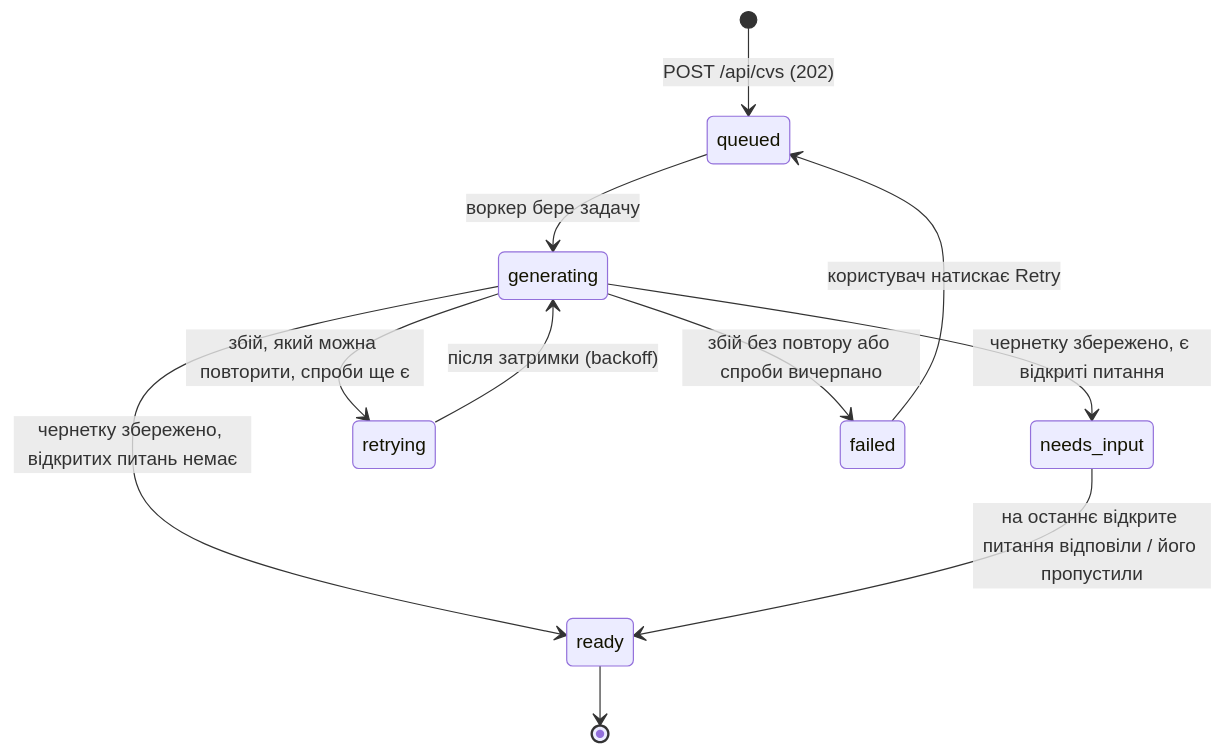
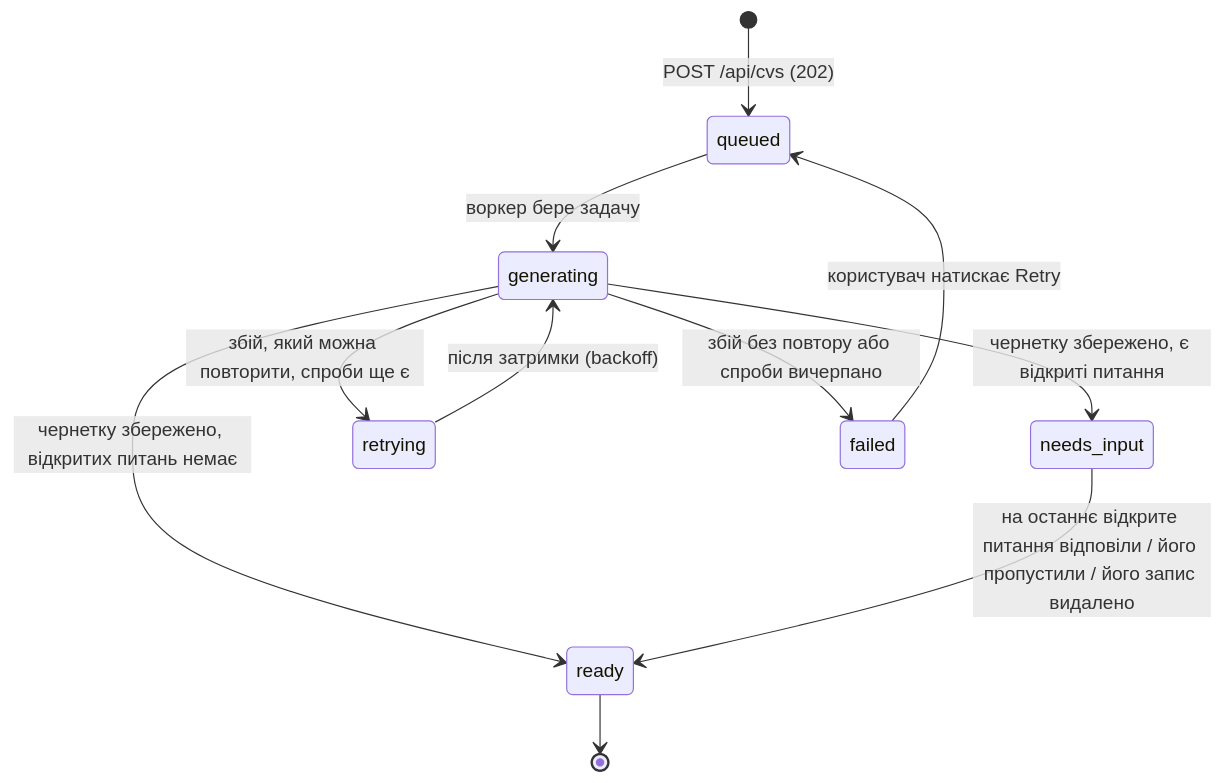
Before and after one commit to macrocephalus/resume_builder: the diagram in docs/uk/cv-statuses.md, drawn with Mermaid. The commit also changed other lines of this file and 5 other files, not shown here.

````diff
--- a/docs/uk/cv-statuses.md
+++ b/docs/uk/cv-statuses.md
@@ -14,13 +14,13 @@
 ```mermaid
 stateDiagram-v2
     [*] --> queued: POST /api/cvs (202)
     queued --> generating: воркер бере задачу
     generating --> ready: чернетку збережено, відкритих питань немає
     generating --> needs_input: чернетку збережено, є відкриті питання
     generating --> retrying: збій, який можна повторити, спроби ще є
     retrying --> generating: після затримки (backoff)
     generating --> failed: збій без повтору або спроби вичерпано
     failed --> queued: користувач натискає Retry
-    needs_input --> ready: на останнє відкрите питання відповіли / його пропустили
+    needs_input --> ready: на останнє відкрите питання відповіли / його пропустили / його запис видалено
     ready --> [*]
 ```
````
